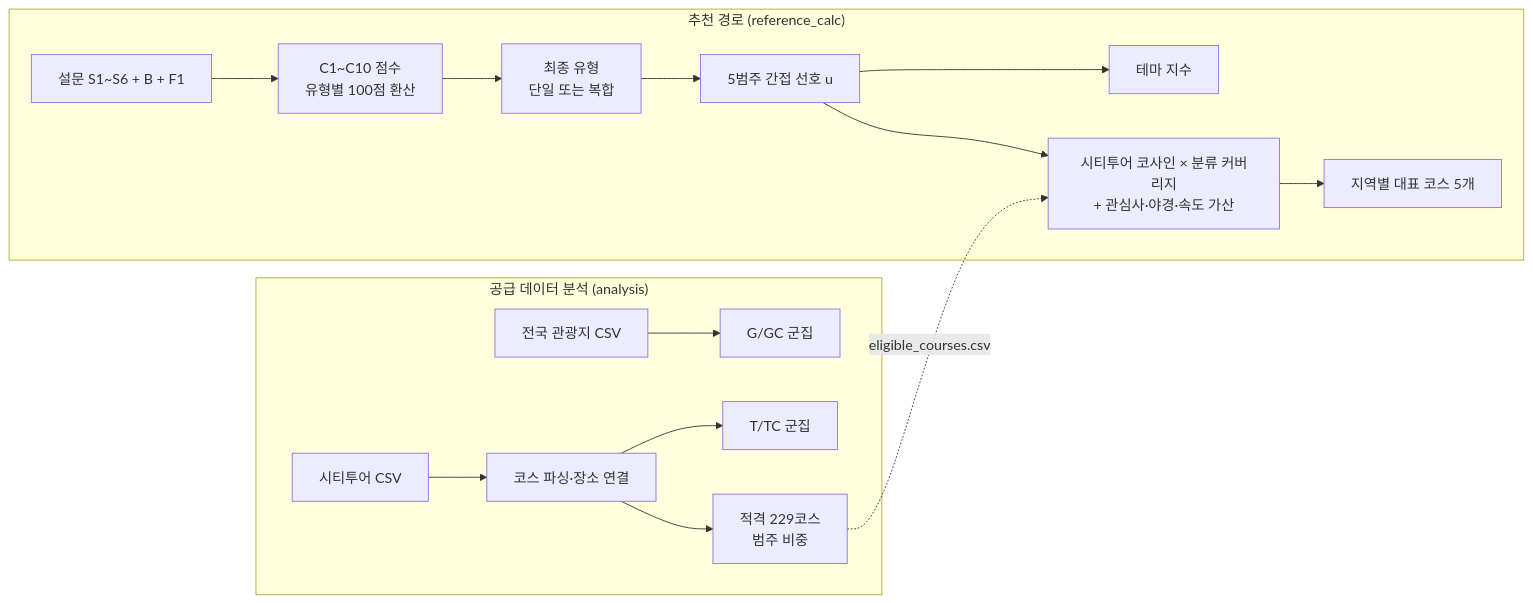
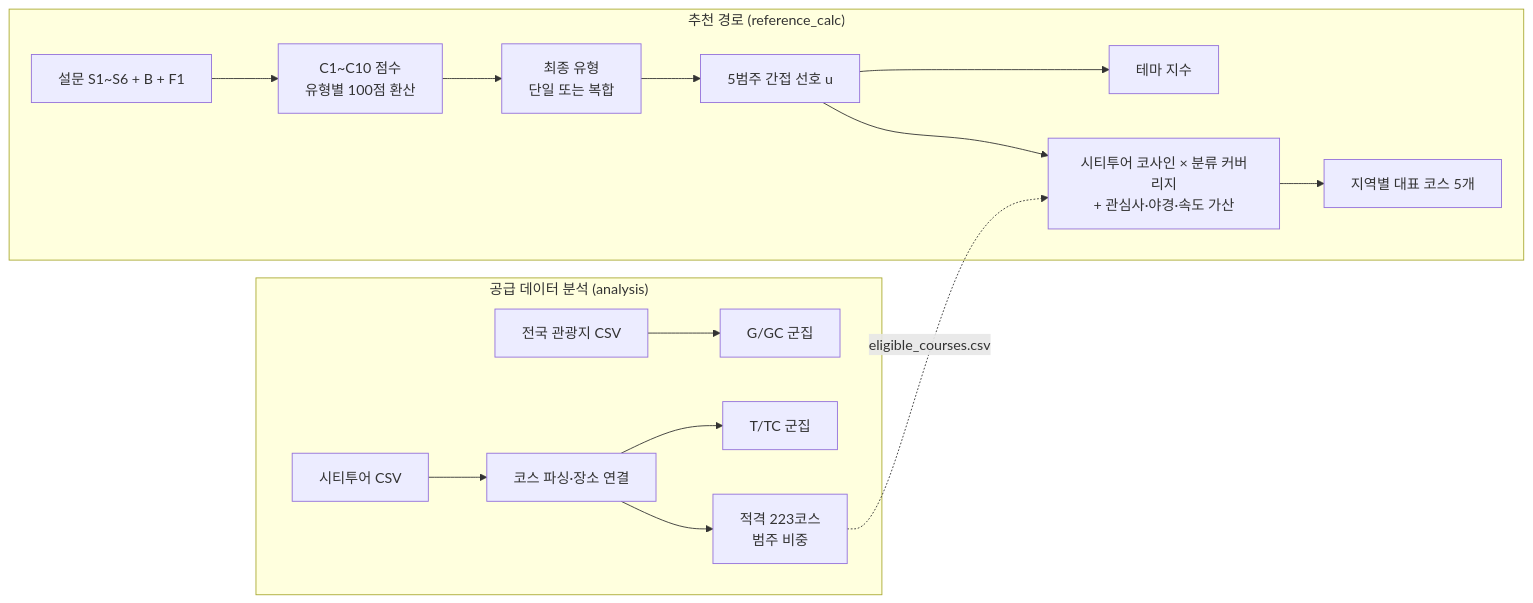
One commit to TourLabOrganization/Data-Analytics changed the diagram in README.md. Above: the diagram before and after it, drawn with Mermaid. The commit also changed other lines of this file and 228 other files, not shown here.

````diff
--- a/README.md
+++ b/README.md
@@ -38,18 +39,18 @@
 ```mermaid
 flowchart LR
   subgraph REC["추천 경로 (reference_calc)"]
     A["설문 S1~S6 + B + F1"] --> B["C1~C10 점수<br/>유형별 100점 환산"]
     B --> C["최종 유형<br/>단일 또는 복합"]
     C --> D["5범주 간접 선호 u"]
     D --> E["테마 지수"]
     D --> F["시티투어 코사인 × 분류 커버리지<br/>+ 관심사·야경·속도 가산"]
     F --> G["지역별 대표 코스 5개"]
   end
   subgraph ANA["공급 데이터 분석 (analysis)"]
     H["전국 관광지 CSV"] --> I["G/GC 군집"]
     J["시티투어 CSV"] --> K["코스 파싱·장소 연결"]
     K --> L["T/TC 군집"]
-    K --> M["적격 229코스<br/>범주 비중"]
+    K --> M["적격 223코스<br/>범주 비중"]
   end
   M -. "eligible_courses.csv" .-> F
 ```
````
